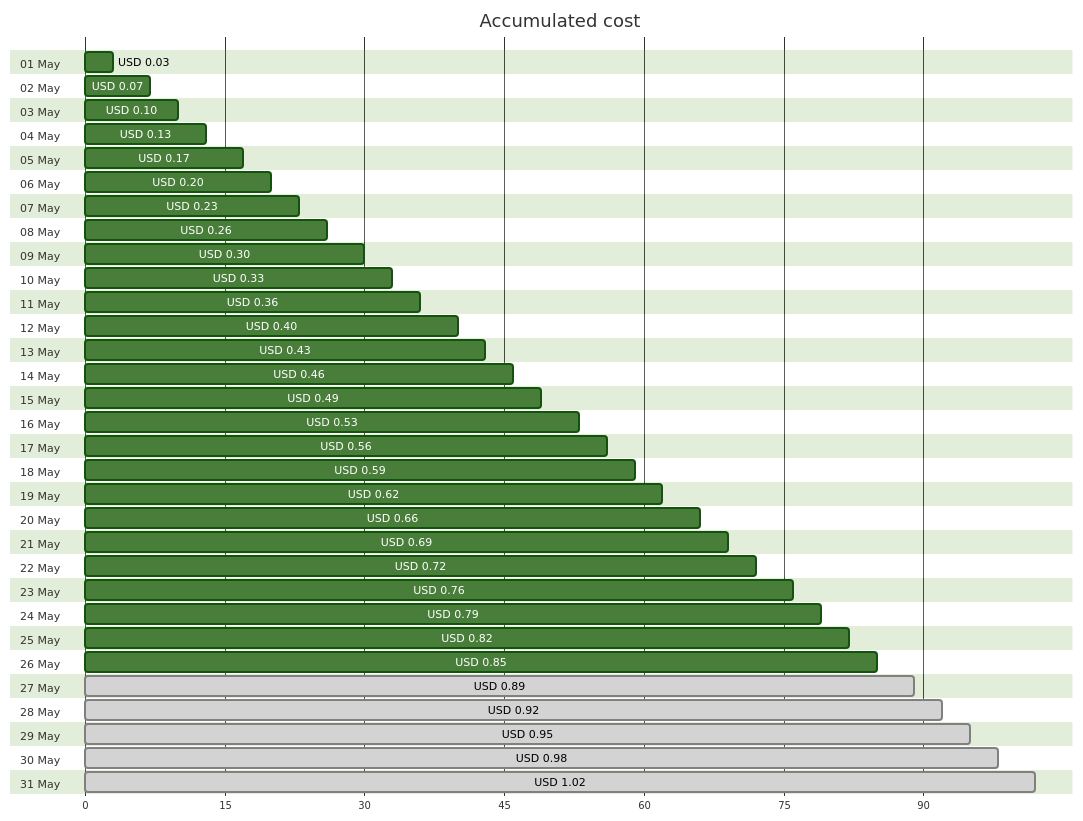
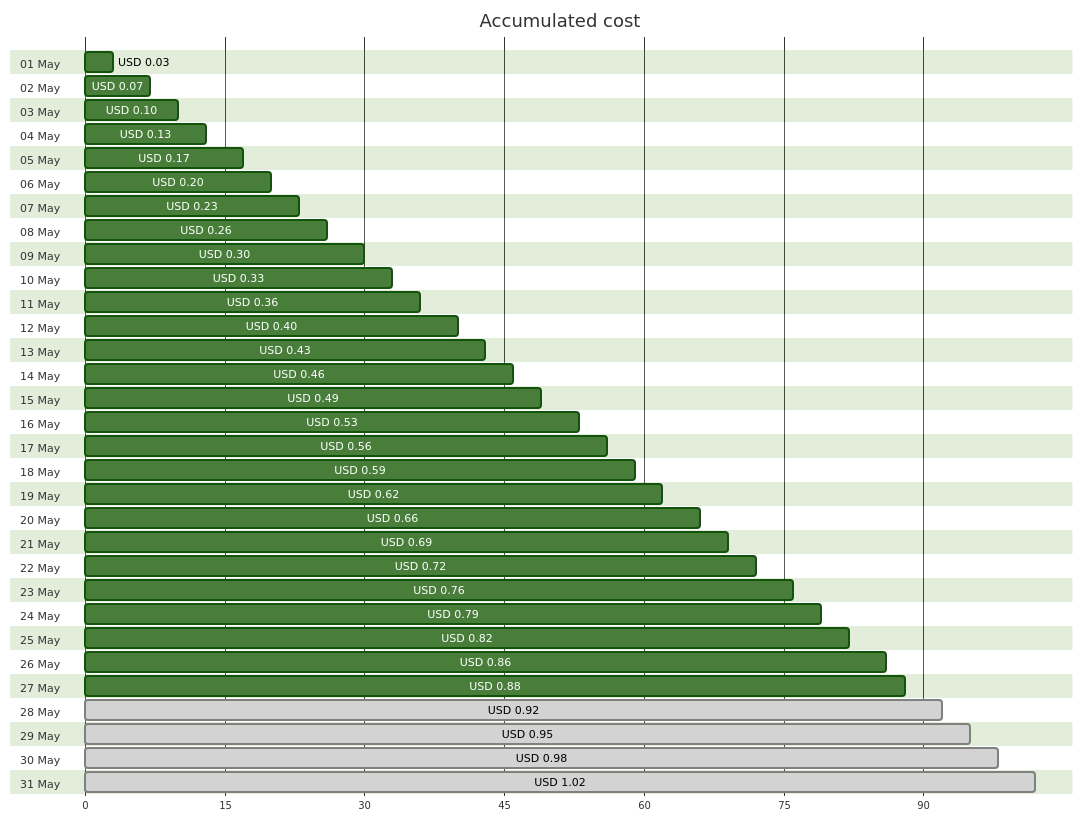
Before and after one commit to jpfulton/azure-personal-reports: the first of 4 diagrams in cost-reports/personal-dns/README.md, drawn with Mermaid (forest theme). The commit also changed other lines of this file and 2 other files, not shown here.

````diff
--- a/cost-reports/personal-dns/README.md
+++ b/cost-reports/personal-dns/README.md
@@ -20,68 +20,68 @@
 ```mermaid
 gantt
    title Accumulated cost
    dateFormat  X
    axisFormat %s
    section 01 May
    USD 0.03 :0, 3
    section 02 May
    USD 0.07 :0, 7
    section 03 May
    USD 0.10 :0, 10
    section 04 May
    USD 0.13 :0, 13
    section 05 May
    USD 0.17 :0, 17
    section 06 May
    USD 0.20 :0, 20
    section 07 May
    USD 0.23 :0, 23
    section 08 May
    USD 0.26 :0, 26
    section 09 May
    USD 0.30 :0, 30
    section 10 May
    USD 0.33 :0, 33
    section 11 May
    USD 0.36 :0, 36
    section 12 May
    USD 0.40 :0, 40
    section 13 May
    USD 0.43 :0, 43
    section 14 May
    USD 0.46 :0, 46
    section 15 May
    USD 0.49 :0, 49
    section 16 May
    USD 0.53 :0, 53
    section 17 May
    USD 0.56 :0, 56
    section 18 May
    USD 0.59 :0, 59
    section 19 May
    USD 0.62 :0, 62
    section 20 May
    USD 0.66 :0, 66
    section 21 May
    USD 0.69 :0, 69
    section 22 May
    USD 0.72 :0, 72
    section 23 May
    USD 0.76 :0, 76
    section 24 May
    USD 0.79 :0, 79
    section 25 May
    USD 0.82 :0, 82
    section 26 May
-   USD 0.85 :0, 85
+   USD 0.86 :0, 86
    section 27 May
-   USD 0.89 : done, 0, 89
+   USD 0.88 :0, 88
    section 28 May
    USD 0.92 : done, 0, 92
    section 29 May
    USD 0.95 : done, 0, 95
    section 30 May
    USD 0.98 : done, 0, 98
    section 31 May
    USD 1.02 : done, 0, 102
 ```
````
